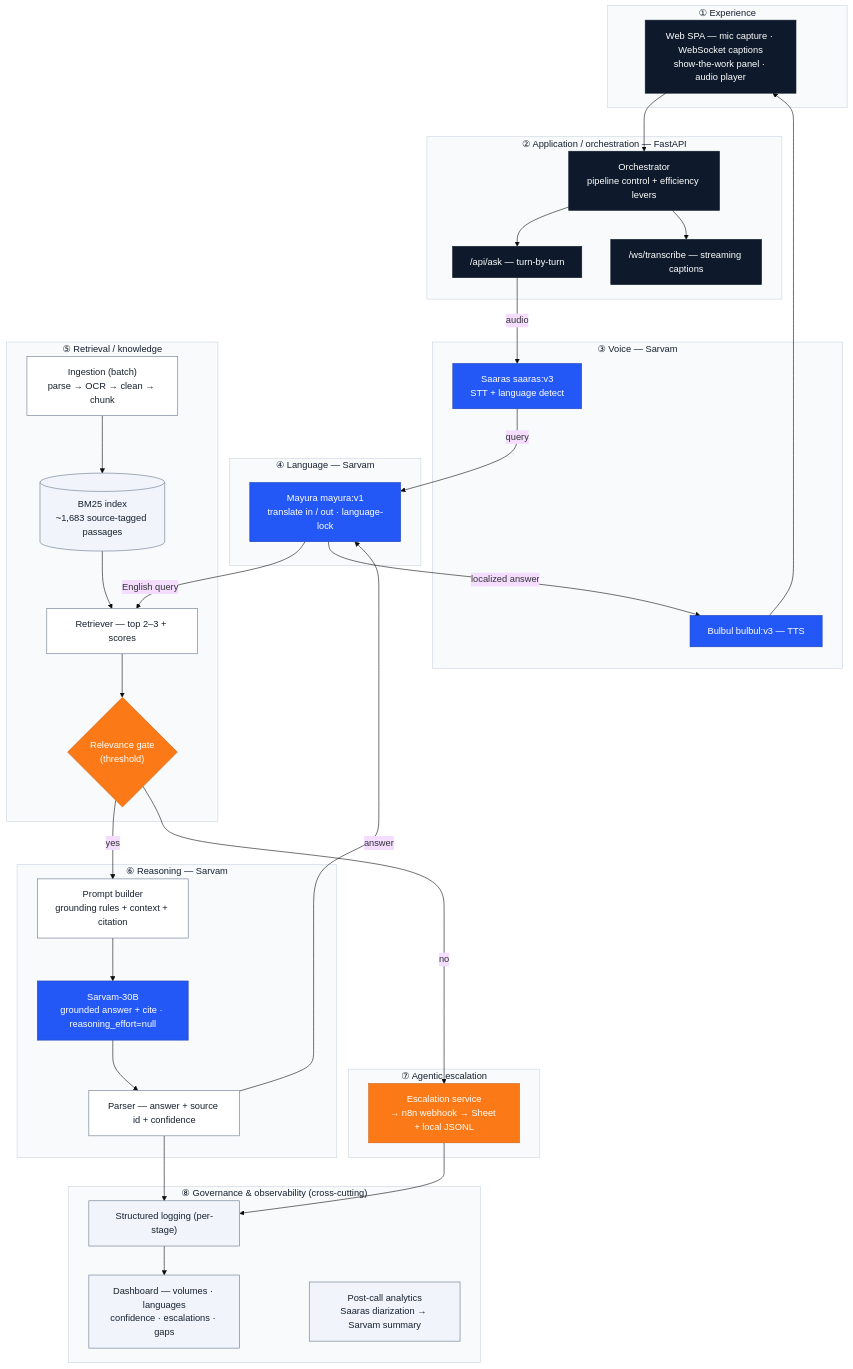
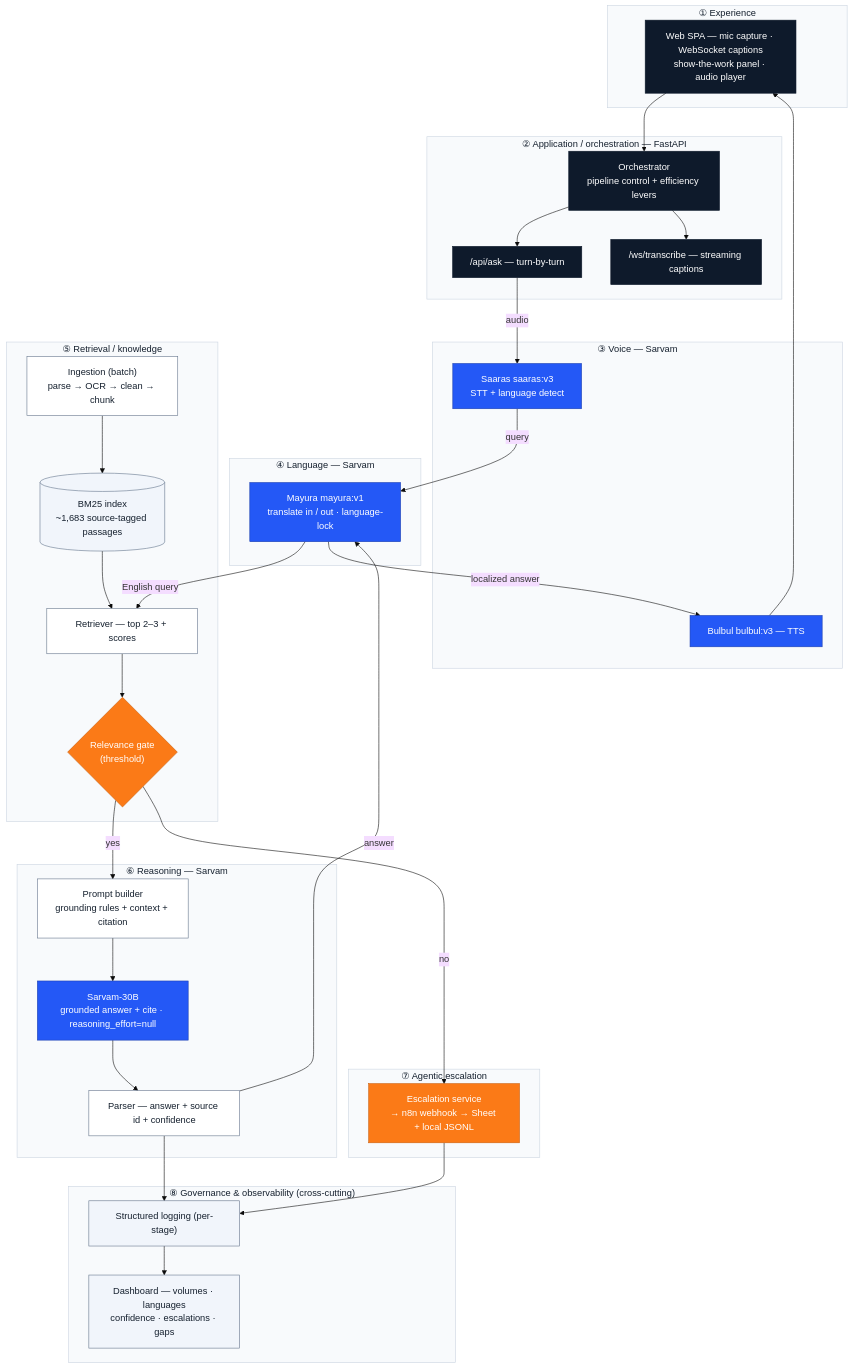
The second of 6 diagrams in docs/architecture.md (vihb09/pnb-sahayak), drawn with Mermaid (base theme) before and after one commit. The commit also changed other lines of this file and 13 other files, not shown here.

Commit message:
Remove post-call analytics: out of scope for the Employee Productivity Assistant use case (RFP #7); drop /analytics page, script, synthesized sample, and all references

````diff
--- a/docs/architecture.md
+++ b/docs/architecture.md
@@ -54,67 +54,66 @@
 ```mermaid
 flowchart TB
     subgraph L1["① Experience"]
         SPA["Web SPA — mic capture · WebSocket captions<br/>show-the-work panel · audio player"]:::app
     end
     subgraph L2["② Application / orchestration — FastAPI"]
         ORCH["Orchestrator<br/>pipeline control + efficiency levers"]:::app
         ASK["/api/ask — turn-by-turn"]:::app
         WS["/ws/transcribe — streaming captions"]:::app
     end
     subgraph L3["③ Voice — Sarvam"]
         STT["Saaras saaras:v3<br/>STT + language detect"]:::sarvam
         TTS["Bulbul bulbul:v3 — TTS"]:::sarvam
     end
     subgraph L4["④ Language — Sarvam"]
         TRN["Mayura mayura:v1<br/>translate in / out · language-lock"]:::sarvam
     end
     subgraph L5["⑤ Retrieval / knowledge"]
         ING["Ingestion (batch)<br/>parse → OCR → clean → chunk"]:::neutral
         IDX[("BM25 index<br/>~1,683 source-tagged passages")]:::store
         RET["Retriever — top 2–3 + scores"]:::neutral
         GATE{"Relevance gate<br/>(threshold)"}:::decision
     end
     subgraph L6["⑥ Reasoning — Sarvam"]
         PB["Prompt builder<br/>grounding rules + context + citation"]:::neutral
         LLM["Sarvam-30B<br/>grounded answer + cite · reasoning_effort=null"]:::sarvam
         PARSE["Parser — answer + source id + confidence"]:::neutral
     end
     subgraph L7["⑦ Agentic escalation"]
         ESC["Escalation service<br/>→ n8n webhook → Sheet + local JSONL"]:::escalate
     end
     subgraph L8["⑧ Governance & observability (cross-cutting)"]
         LOG["Structured logging (per-stage)"]:::store
         DASH["Dashboard — volumes · languages<br/>confidence · escalations · gaps"]:::store
-        PCA["Post-call analytics<br/>Saaras diarization → Sarvam summary"]:::store
     end
 
     SPA --> ORCH
     ORCH --> ASK
     ORCH --> WS
     ASK -->|audio| STT
     STT -->|"query"| TRN
     TRN -->|"English query"| RET
     ING --> IDX --> RET --> GATE
     GATE -->|yes| PB --> LLM --> PARSE
     PARSE -->|"answer"| TRN
     TRN -->|"localized answer"| TTS --> SPA
     GATE -->|no| ESC
     PARSE --> LOG
     ESC --> LOG
     LOG --> DASH
 
     classDef app fill:#0E1A2B,stroke:#0E1A2B,color:#ffffff;
     classDef sarvam fill:#2458F6,stroke:#1B3FB0,color:#ffffff;
     classDef decision fill:#FB7A17,stroke:#C85F0E,color:#ffffff;
     classDef escalate fill:#FB7A17,stroke:#C85F0E,color:#ffffff;
     classDef neutral fill:#FFFFFF,stroke:#64748B,color:#15202E;
     classDef store fill:#F1F5FB,stroke:#64748B,color:#15202E;
     style L1 fill:#F8FAFC,stroke:#CBD5E1,color:#15202E
     style L2 fill:#F8FAFC,stroke:#CBD5E1,color:#15202E
     style L3 fill:#F8FAFC,stroke:#CBD5E1,color:#15202E
     style L4 fill:#F8FAFC,stroke:#CBD5E1,color:#15202E
     style L5 fill:#F8FAFC,stroke:#CBD5E1,color:#15202E
     style L6 fill:#F8FAFC,stroke:#CBD5E1,color:#15202E
     style L7 fill:#F8FAFC,stroke:#CBD5E1,color:#15202E
     style L8 fill:#F8FAFC,stroke:#CBD5E1,color:#15202E
 ```
````
